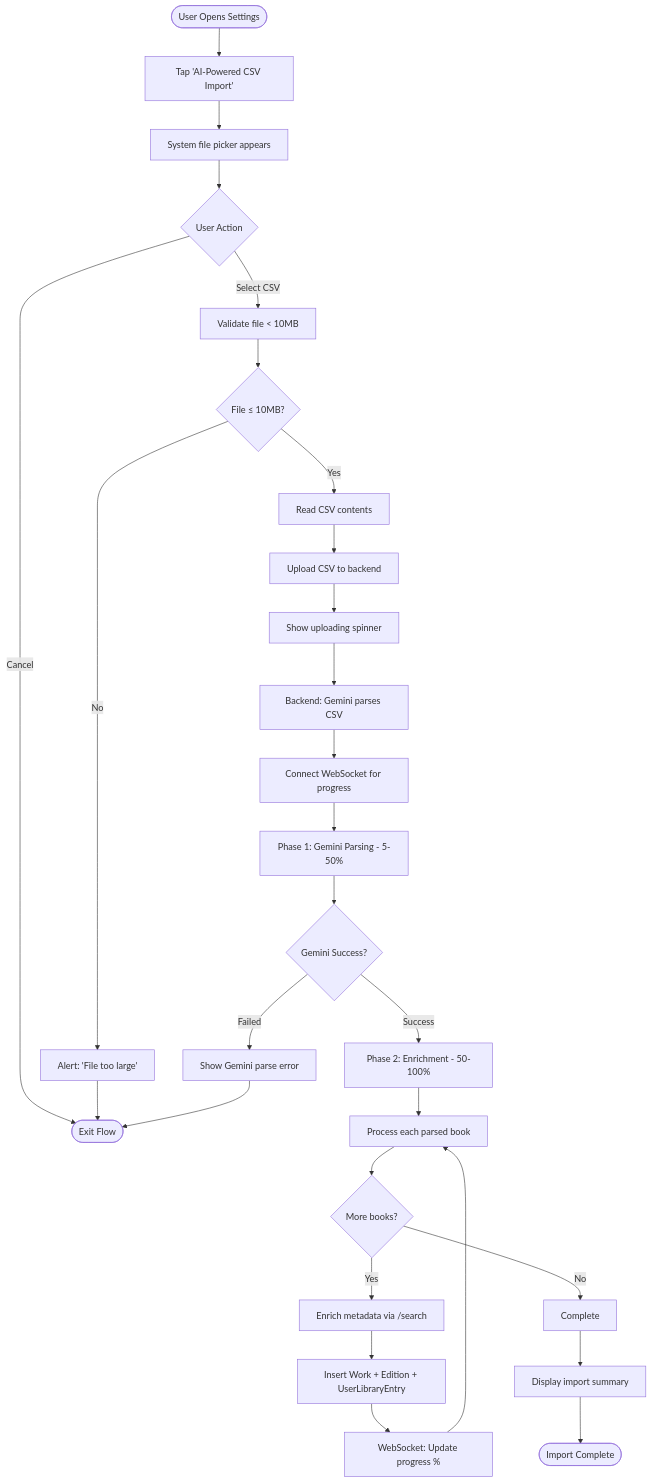
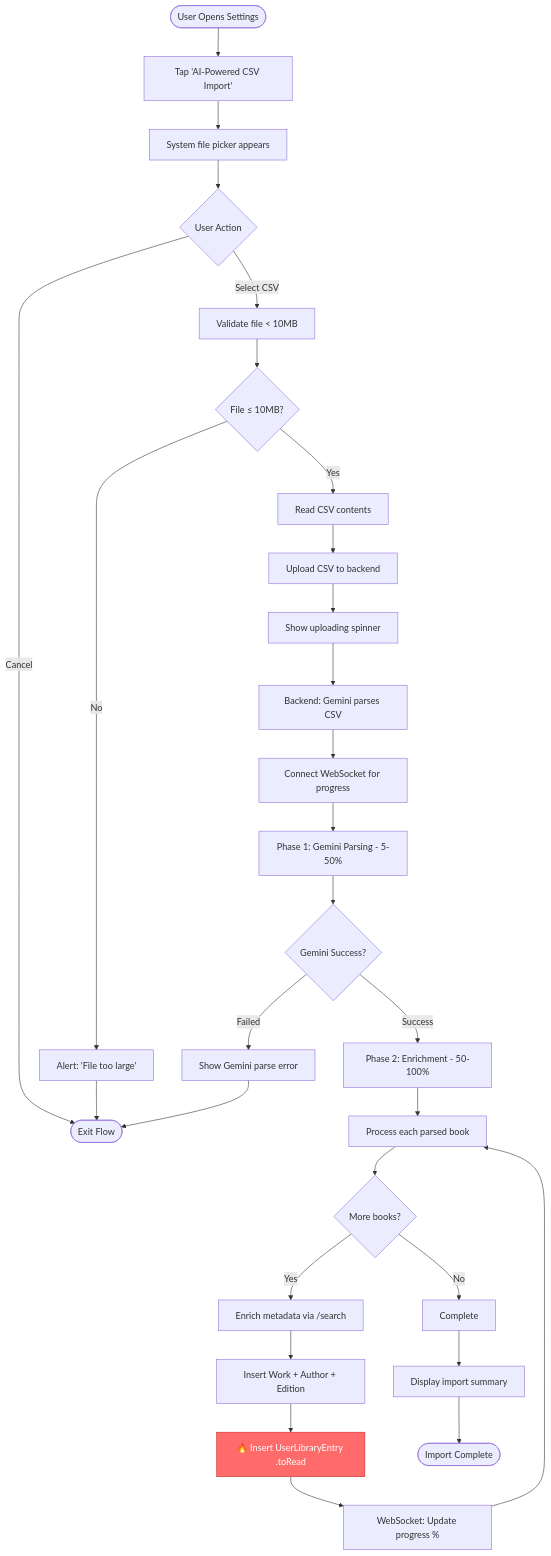
Before and after one commit to jukasdrj/books-v3: the first of 7 diagrams in docs/workflows/csv-import-workflow.md, drawn with Mermaid. The commit also changed other lines of this file, not shown here.

First line of the commit message:
Docs: Add UserLibraryEntry step to CSV import workflow diagram (#266)

````diff
--- a/docs/workflows/csv-import-workflow.md
+++ b/docs/workflows/csv-import-workflow.md
@@ -15,44 +15,47 @@
 ```mermaid
 flowchart TD
     Start([User Opens Settings]) --> TapImport[Tap 'AI-Powered CSV Import']
 
     TapImport --> ShowPicker[System file picker appears]
 
     ShowPicker --> UserSelect{User Action}
     UserSelect -->|Select CSV| ValidateFile[Validate file < 10MB]
     UserSelect -->|Cancel| End([Exit Flow])
 
     ValidateFile --> SizeCheck{File ≤ 10MB?}
     SizeCheck -->|No| ShowError[Alert: 'File too large']
     SizeCheck -->|Yes| ReadFile[Read CSV contents]
 
     ShowError --> End
 
     ReadFile --> UploadStart[Upload CSV to backend]
     UploadStart --> ShowUploading[Show uploading spinner]
 
     ShowUploading --> BackendParse[Backend: Gemini parses CSV]
 
     BackendParse --> ConnectWS[Connect WebSocket for progress]
 
     ConnectWS --> ParsePhase[Phase 1: Gemini Parsing - 5-50%]
     ParsePhase --> ParseComplete{Gemini Success?}
 
     ParseComplete -->|Success| EnrichPhase[Phase 2: Enrichment - 50-100%]
     ParseComplete -->|Failed| ShowError2[Show Gemini parse error]
 
     EnrichPhase --> ProcessBooks[Process each parsed book]
 
     ProcessBooks --> NextBook{More books?}
     NextBook -->|Yes| EnrichBook[Enrich metadata via /search]
     NextBook -->|No| Complete
 
-    EnrichBook --> InsertWork[Insert Work + Edition + UserLibraryEntry]
-    InsertWork --> UpdateProgress[WebSocket: Update progress %]
+    EnrichBook --> InsertWork[Insert Work + Author + Edition]
+    InsertWork --> InsertLibraryEntry[🔥 Insert UserLibraryEntry .toRead]
+    InsertLibraryEntry --> UpdateProgress[WebSocket: Update progress %]
     UpdateProgress --> ProcessBooks
+    
+    style InsertLibraryEntry fill:#ff6b6b,stroke:#c92a2a,color:#fff
 
     Complete --> ShowSummary[Display import summary]
     ShowSummary --> End2([Import Complete])
 
     ShowError2 --> End
 ```
````
